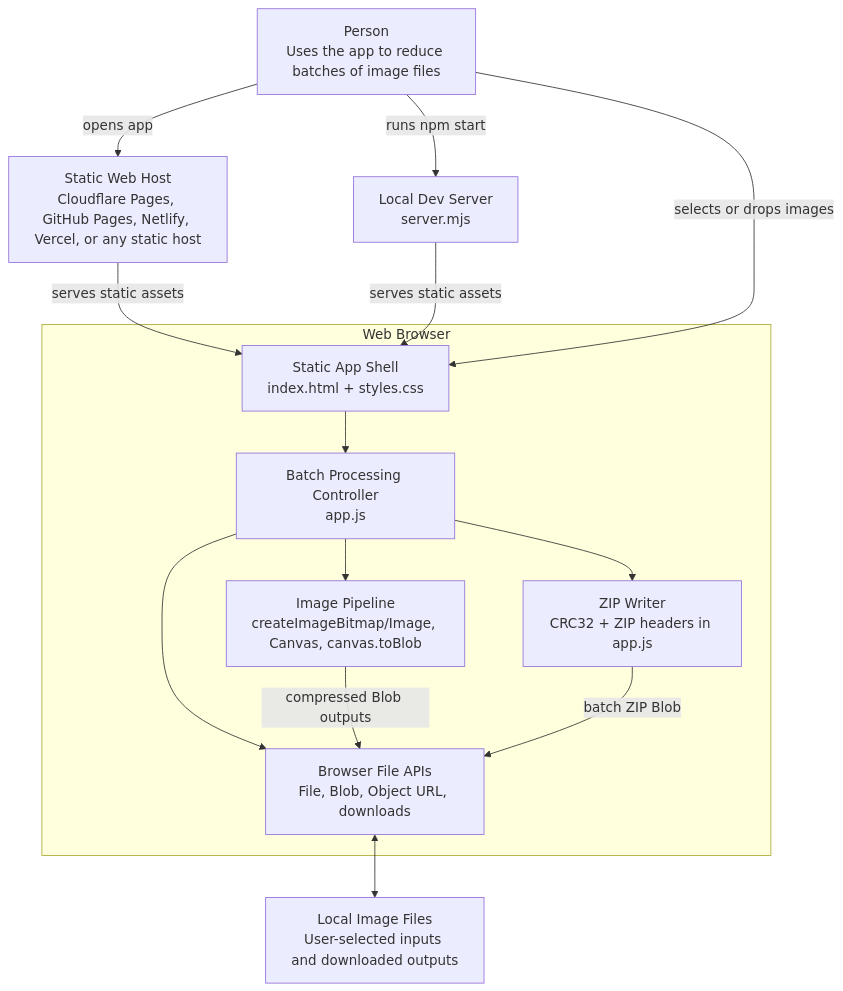
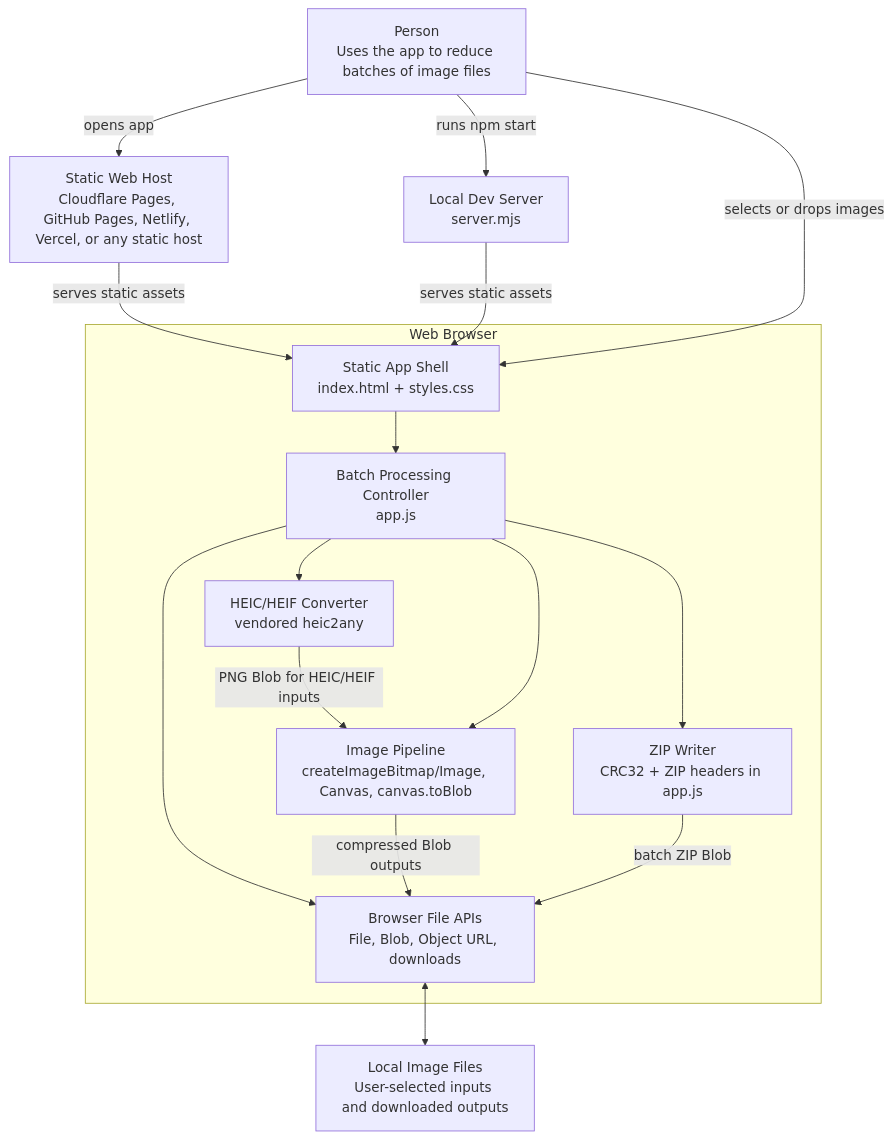
One commit to manynames3/bulk-image-size-reducer changed the diagram in docs/architecture.md. Above: the diagram before and after it, drawn with Mermaid. The commit also changed other lines of this file and 11 other files, not shown here.

Commit message:
Add HEIC and HEIF import support

````diff
--- a/docs/architecture.md
+++ b/docs/architecture.md
@@ -7,29 +7,32 @@
 ```mermaid
 flowchart TB
   user["Person\nUses the app to reduce batches of image files"]
 
   subgraph browser["Web Browser"]
     ui["Static App Shell\nindex.html + styles.css"]
     controller["Batch Processing Controller\napp.js"]
+    heicConverter["HEIC/HEIF Converter\nvendored heic2any"]
     fileApis["Browser File APIs\nFile, Blob, Object URL, downloads"]
     imagePipeline["Image Pipeline\ncreateImageBitmap/Image, Canvas, canvas.toBlob"]
     zipWriter["ZIP Writer\nCRC32 + ZIP headers in app.js"]
   end
 
   host["Static Web Host\nCloudflare Pages, GitHub Pages, Netlify, Vercel, or any static host"]
   devServer["Local Dev Server\nserver.mjs"]
   localFiles["Local Image Files\nUser-selected inputs and downloaded outputs"]
 
   user -->|"opens app"| host
   user -->|"runs npm start"| devServer
   host -->|"serves static assets"| ui
   devServer -->|"serves static assets"| ui
   user -->|"selects or drops images"| ui
   ui --> controller
   controller --> fileApis
+  controller --> heicConverter
+  heicConverter -->|"PNG Blob for HEIC/HEIF inputs"| imagePipeline
   controller --> imagePipeline
   controller --> zipWriter
   fileApis <--> localFiles
   imagePipeline -->|"compressed Blob outputs"| fileApis
   zipWriter -->|"batch ZIP Blob"| fileApis
 ```
````
